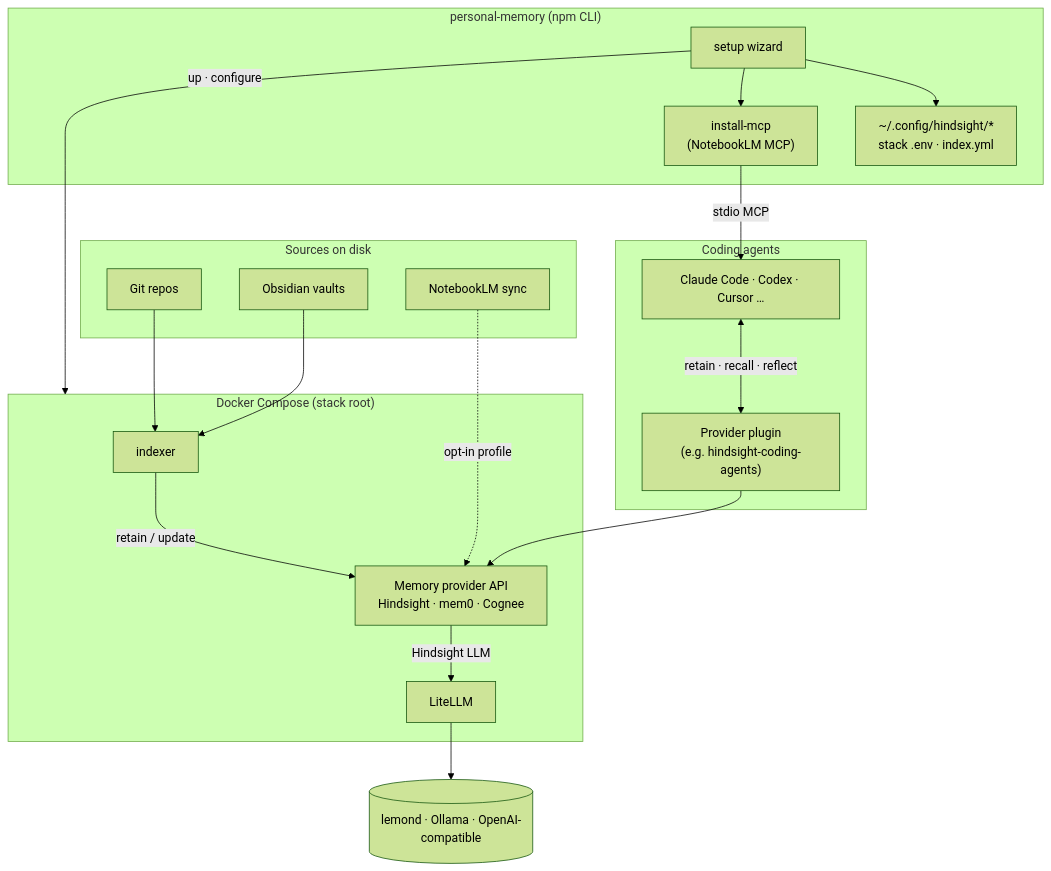
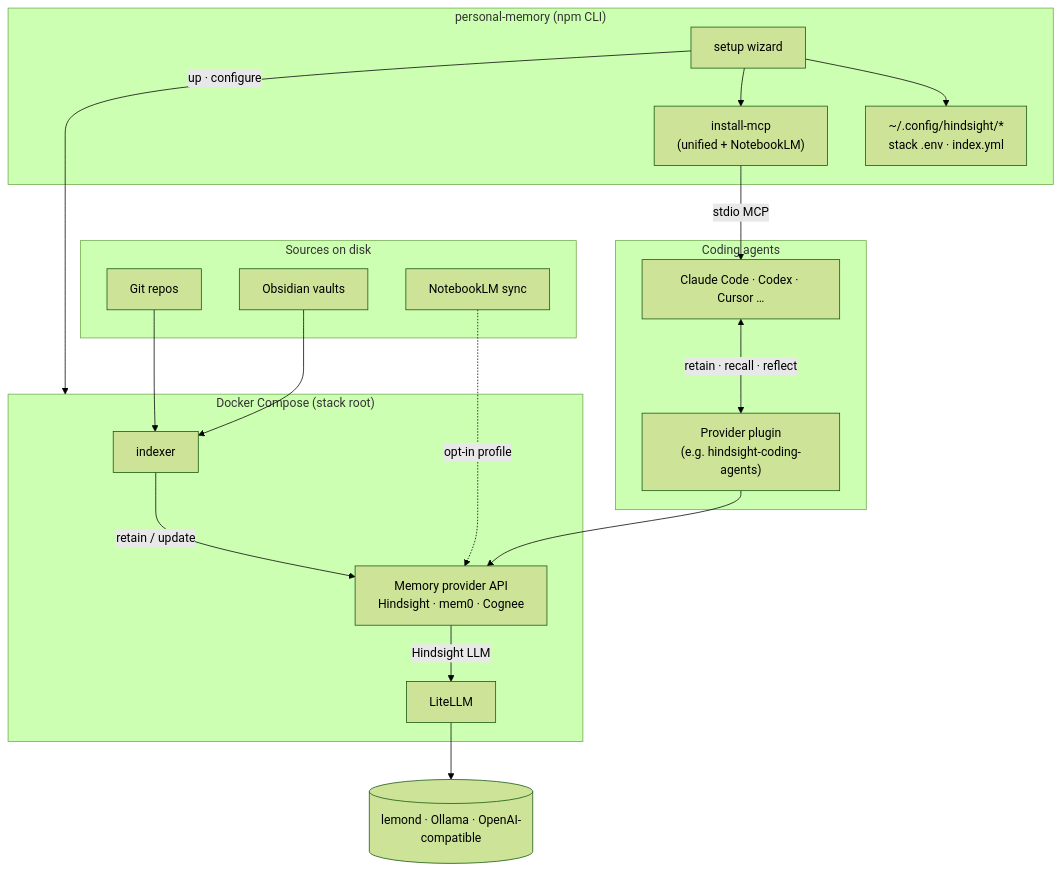
Before and after one commit to bcmyguest/openmem: the diagram in README.md, drawn with Mermaid (forest theme). The commit also changed other lines of this file and 20 other files, not shown here.

````diff
--- a/README.md
+++ b/README.md
@@ -34,39 +43,39 @@
 ```mermaid
 flowchart TB
   subgraph setup["personal-memory (npm CLI)"]
     W[setup wizard]
     W --> ENV["~/.config/hindsight/*\nstack .env · index.yml"]
-    W --> MCP["install-mcp\n(NotebookLM MCP)"]
+    W --> MCP["install-mcp\n(unified + NotebookLM)"]
   end
 
   subgraph sources["Sources on disk"]
     GIT[Git repos]
     OBS[Obsidian vaults]
     NLM[NotebookLM sync]
   end
 
   subgraph stack["Docker Compose (stack root)"]
     IDX[indexer]
     PROV["Memory provider API\nHindsight · mem0 · Cognee"]
     IDX -->|retain / update| PROV
     LIT[LiteLLM]
     PROV -->|Hindsight LLM| LIT
   end
 
   LIT --> LLM[(lemond · Ollama · OpenAI-compatible)]
 
   GIT --> IDX
   OBS --> IDX
   NLM -.->|opt-in profile| PROV
 
   subgraph agents["Coding agents"]
     AG[Claude Code · Codex · Cursor …]
     PLG["Provider plugin\n(e.g. hindsight-coding-agents)"]
     MCP -->|stdio MCP| AG
   end
 
   AG <-->|retain · recall · reflect| PLG
   PLG --> PROV
 
   W -->|up · configure| stack
 ```
````
